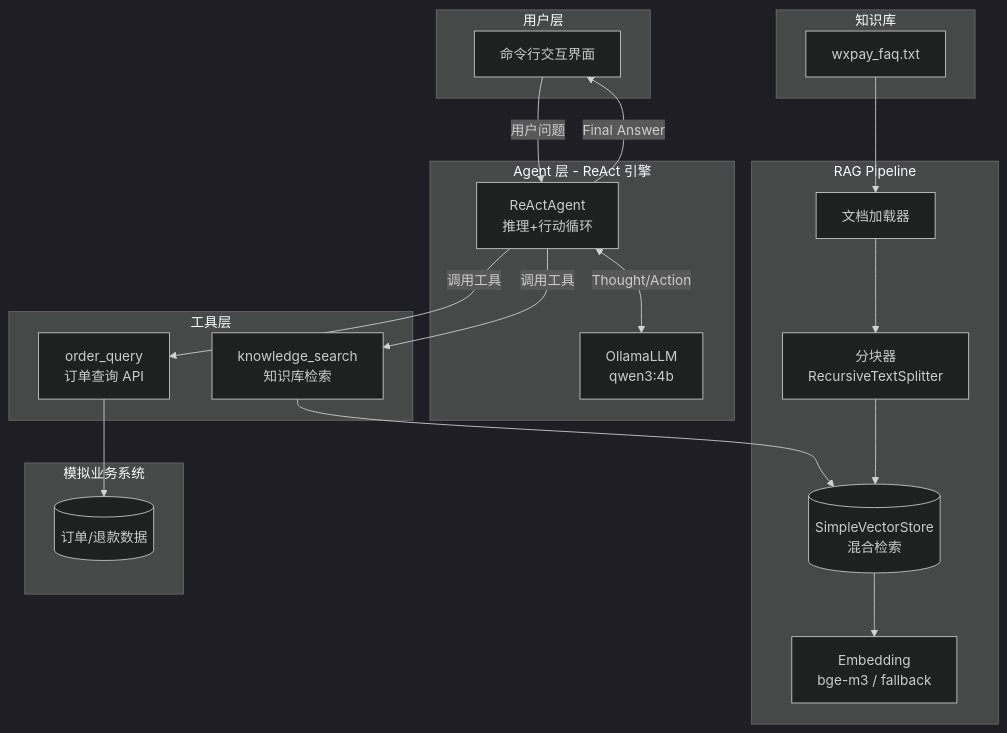
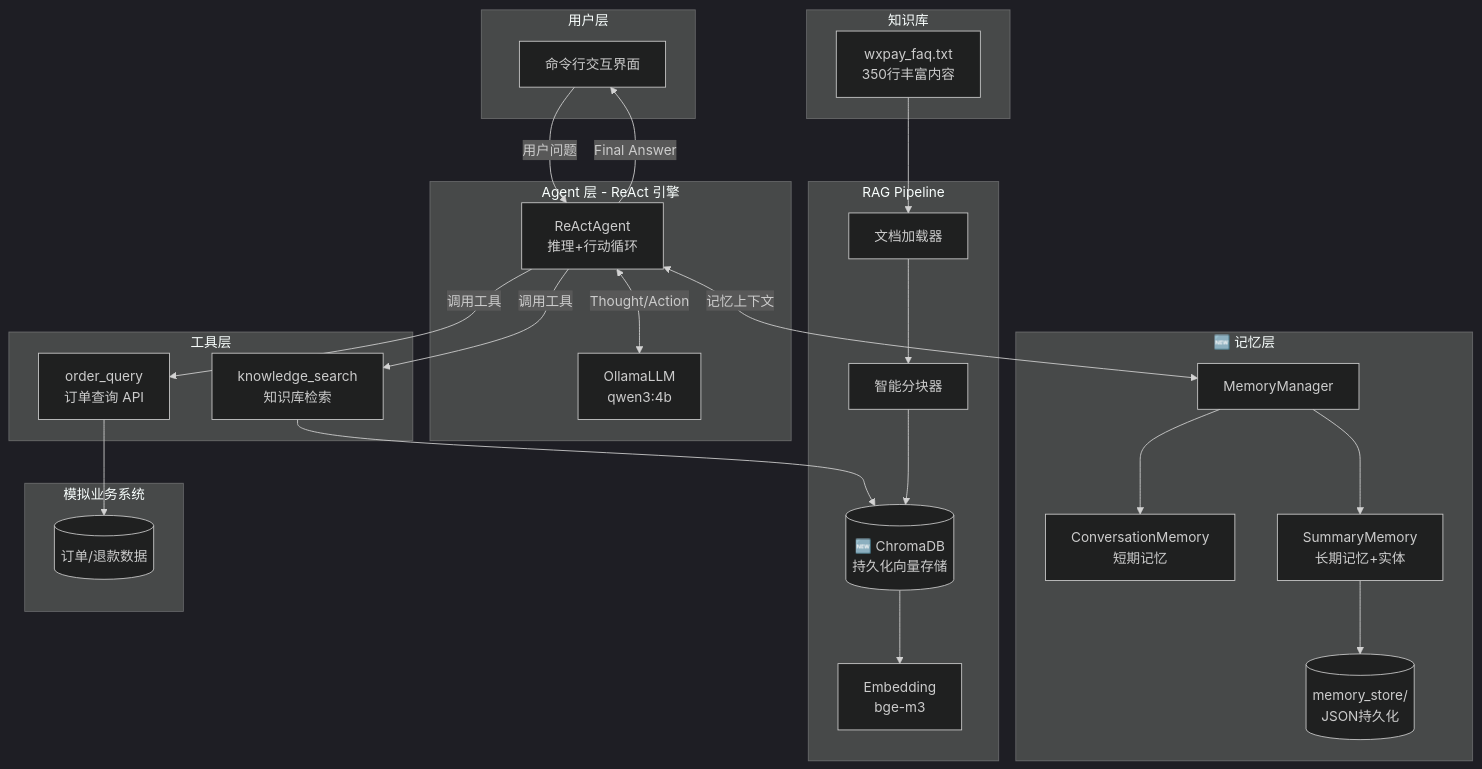
Before and after one commit to Akarin-Akari/wePayAgent-Demo: the first of 2 diagrams in README.md, drawn with Mermaid (dark theme). The commit also changed other lines of this file, not shown here.

First line of the commit message:
docs: 更新README架构图和数据流图

````diff
--- a/README.md
+++ b/README.md
@@ -25,43 +25,54 @@
 ```mermaid
 flowchart TB
     subgraph User["用户层"]
         UI[命令行交互界面]
     end
 
     subgraph Agent["Agent 层 - ReAct 引擎"]
         Core[ReActAgent<br/>推理+行动循环]
         LLM[OllamaLLM<br/>qwen3:4b]
     end
 
+    subgraph Memory["🆕 记忆层"]
+        MM[MemoryManager]
+        STM[ConversationMemory<br/>短期记忆]
+        LTM[SummaryMemory<br/>长期记忆+实体]
+        MemFile[(memory_store/<br/>JSON持久化)]
+    end
+
     subgraph Tools["工具层"]
         KS[knowledge_search<br/>知识库检索]
         OQ[order_query<br/>订单查询 API]
     end
 
     subgraph RAG["RAG Pipeline"]
         Loader[文档加载器]
-        Chunker[分块器<br/>RecursiveTextSplitter]
-        Embed[Embedding<br/>bge-m3 / fallback]
-        VectorDB[(SimpleVectorStore<br/>混合检索)]
+        Chunker[智能分块器]
+        Embed[Embedding<br/>bge-m3]
+        VectorDB[(🆕 ChromaDB<br/>持久化向量存储)]
     end
 
     subgraph KB["知识库"]
-        Docs[wxpay_faq.txt]
+        Docs[wxpay_faq.txt<br/>350行丰富内容]
     end
 
     subgraph MockDB["模拟业务系统"]
         Orders[(订单/退款数据)]
     end
 
     UI -->|用户问题| Core
     Core <-->|Thought/Action| LLM
+    Core <-->|记忆上下文| MM
+    MM --> STM
+    MM --> LTM
+    LTM --> MemFile
     Core -->|调用工具| KS
     Core -->|调用工具| OQ
     KS --> VectorDB
     VectorDB --> Embed
     Chunker --> VectorDB
     Loader --> Chunker
     Docs --> Loader
     OQ --> Orders
     Core -->|Final Answer| UI
 ```
````
